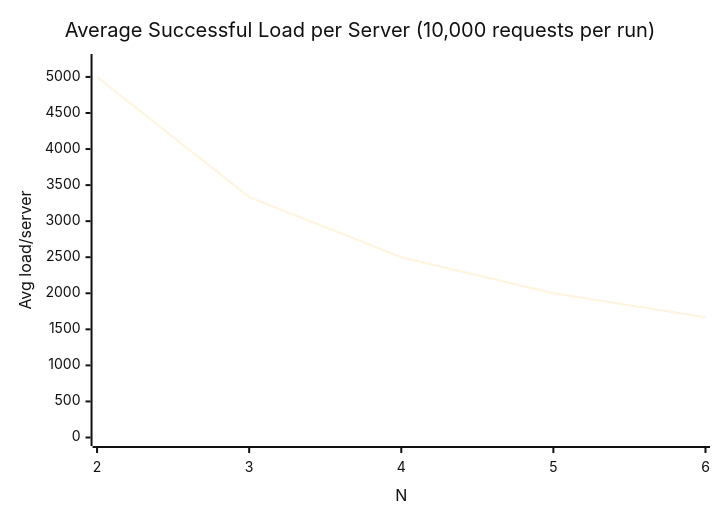
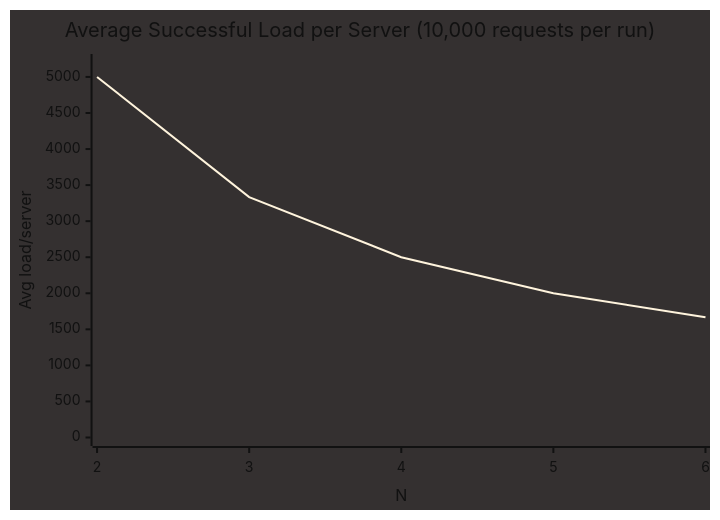
Before and after one commit to AmyMugeni/LoadBalancer: the third of 4 diagrams in README.md, drawn with Mermaid. The commit also changed other lines of this file, not shown here.

Commit message:
dark background

````diff
--- a/README.md
+++ b/README.md
@@ -402,8 +402,8 @@
 ```mermaid
-%%{init: {'theme': 'base', 'themeVariables': { 'background': '#ffffff', 'primaryColor': '#0a2f7a', 'primaryBorderColor': '#07265f', 'primaryTextColor': '#111111', 'lineColor': '#0a2f7a', 'fontSize': '16px' }}}%%
+%%{init: {'theme': 'base', 'themeVariables': { 'background': '#343030', 'primaryColor': '#0a2f7a', 'primaryBorderColor': '#07265f', 'primaryTextColor': '#111111', 'lineColor': '#0a2f7a', 'fontSize': '16px' }}}%%
 xychart-beta
   title "Average Successful Load per Server (10,000 requests per run)"
   x-axis "N" [2, 3, 4, 5, 6]
   y-axis "Avg load/server" 0 --> 5200
   line [5000, 3333.33, 2500, 2000, 1666.67]
 ```
````
